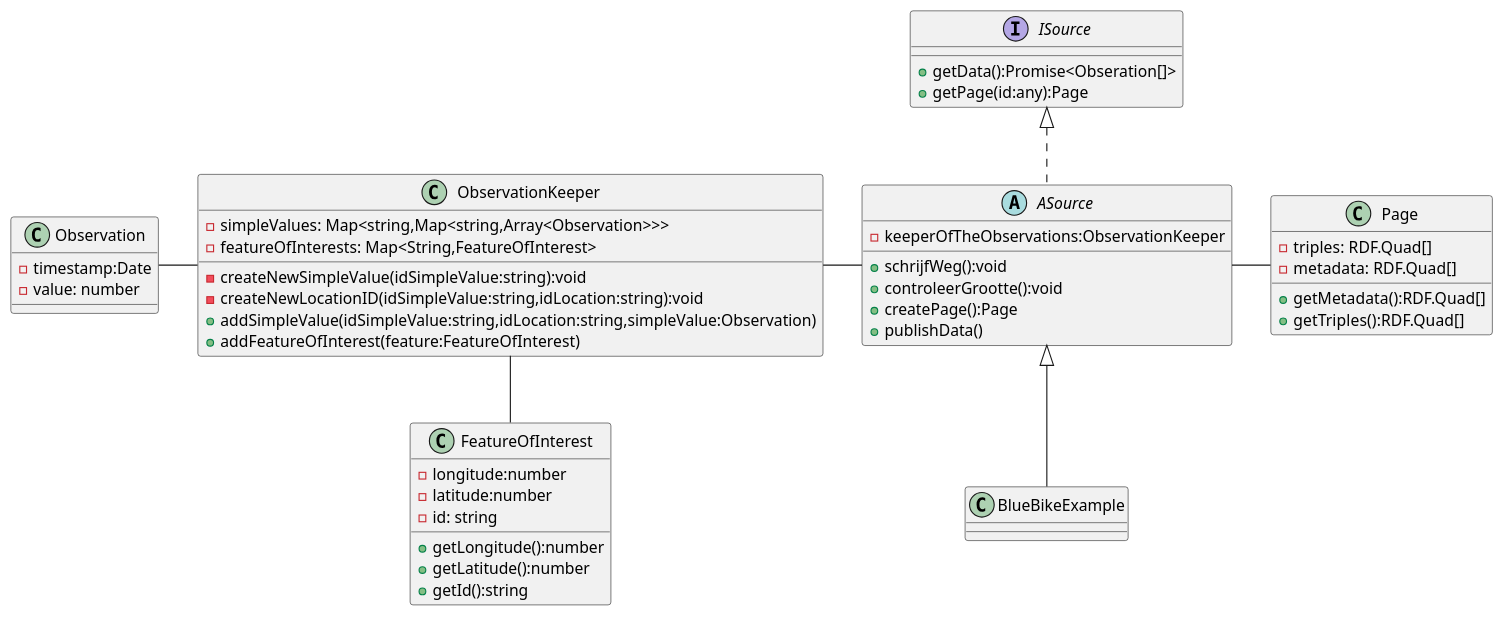
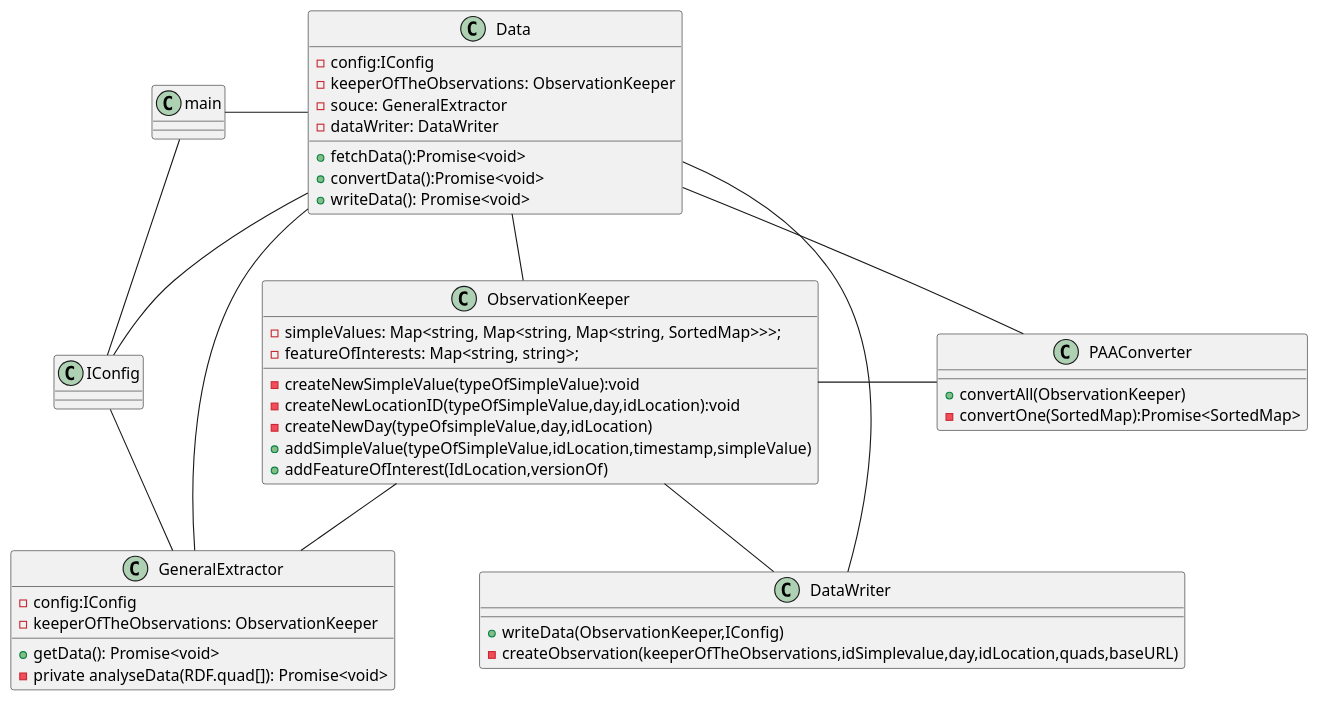
The diagram in KlassendiagramStap1.puml (lucasderveaux/LDES_Republisher), drawn with PlantUML before and after one commit. The commit also changed 6 other files, not shown here.

```diff
--- a/KlassendiagramStap1.puml
+++ b/KlassendiagramStap1.puml
@@ -1,56 +1,60 @@
 @startuml
-
 class ObservationKeeper{
-    - simpleValues: Map<string,Map<string,Array<Observation>>>
-    - featureOfInterests: Map<String,FeatureOfInterest>
-    - createNewSimpleValue(idSimpleValue:string):void
-    - createNewLocationID(idSimpleValue:string,idLocation:string):void
-    + addSimpleValue(idSimpleValue:string,idLocation:string,simpleValue:Observation)
-    + addFeatureOfInterest(feature:FeatureOfInterest)
+    - simpleValues: Map<string, Map<string, Map<string, SortedMap>>>;
+    - featureOfInterests: Map<string, string>;
+    - createNewSimpleValue(typeOfSimpleValue):void
+    - createNewLocationID(typeOfSimpleValue,day,idLocation):void
+    - createNewDay(typeOfsimpleValue,day,idLocation)
+    + addSimpleValue(typeOfSimpleValue,idLocation,timestamp,simpleValue)
+    + addFeatureOfInterest(IdLocation,versionOf)
 }
 
-class FeatureOfInterest{
-    - longitude:number
-    - latitude:number
-    - id: string
-
-    +getLongitude():number
-    +getLatitude():number
-    +getId():string
+class GeneralExtractor{
+    - config:IConfig
+    - keeperOfTheObservations: ObservationKeeper
+    + getData(): Promise<void>
+    - private analyseData(RDF.quad[]): Promise<void>
 }
 
-class Observation{
-    - timestamp:Date
-    - value: number
+class IConfig
+
+class Data {
+    - config:IConfig
+    - keeperOfTheObservations: ObservationKeeper
+    - souce: GeneralExtractor
+    - dataWriter: DataWriter
+    + fetchData():Promise<void>
+    + convertData():Promise<void>
+    + writeData(): Promise<void>
 }
 
-interface ISource{
-    +getData():Promise<Obseration[]>
-    +getPage(id:any):Page
+class DataWriter {
+    + writeData(ObservationKeeper,IConfig)
+    - createObservation(keeperOfTheObservations,idSimplevalue,day,idLocation,quads,baseURL)
 }
 
-abstract ASource implements ISource{
-    - keeperOfTheObservations:ObservationKeeper
-    +schrijfWeg():void
-    +controleerGrootte():void
-    +createPage():Page
-    + publishData()
-}
-
-class Page{
-    - triples: RDF.Quad[]
-    - metadata: RDF.Quad[]
-    + getMetadata():RDF.Quad[]
-    + getTriples():RDF.Quad[]
+class main{
 
 }
 
-class BlueBikeExample extends ASource{
+class PAAConverter {
+    + convertAll(ObservationKeeper)
+    - convertOne(SortedMap):Promise<SortedMap>
 }
 
-Observation - ObservationKeeper
-ObservationKeeper -- FeatureOfInterest
-ObservationKeeper - ASource
-ASource - Page
+Data - DataWriter
+Data -down- GeneralExtractor
+Data -down- PAAConverter
 
+ObservationKeeper -down- DataWriter
+ObservationKeeper -down- GeneralExtractor 
+ObservationKeeper - PAAConverter
+
+ObservationKeeper -up- Data
+
+main - Data
+Data -down- IConfig
+IConfig -down- GeneralExtractor
+
+IConfig -up- main
 @enduml
```
